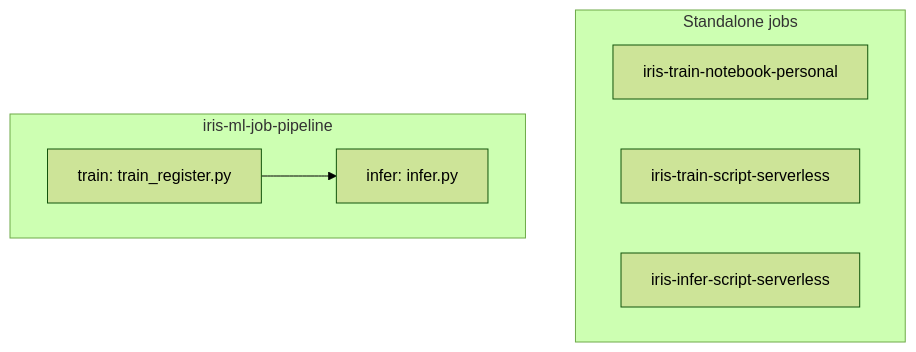
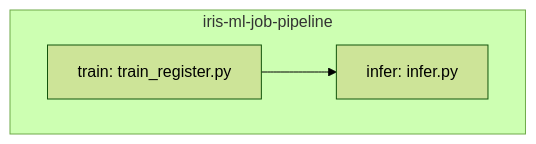
One commit to akumawavez/iris-ml-prod-test changed the diagram in docs/guides/eli25-jobs-and-serving.md. Above: the diagram before and after it, drawn with Mermaid (forest theme). The commit also changed other lines of this file and 19 other files, not shown here.

First line of the commit message:
Drop unused iris jobs and record defects in issues.md.

````diff
--- a/docs/guides/eli25-jobs-and-serving.md
+++ b/docs/guides/eli25-jobs-and-serving.md
@@ -36,11 +29,6 @@
 ```mermaid
 flowchart TD
-  subgraph standalone ["Standalone jobs"]
-    notebook["iris-train-notebook-personal"]
-    script["iris-train-script-serverless"]
-    inferJob["iris-infer-script-serverless"]
-  end
   subgraph chained ["iris-ml-job-pipeline"]
     train["train: train_register.py"] --> infer["infer: infer.py"]
   end
 ```
````
